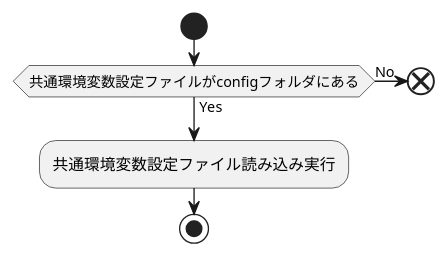
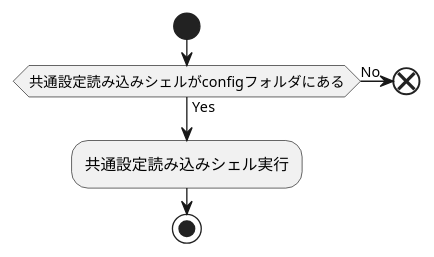
One commit to take4bcreators/cafe-train-prj changed the second of 4 diagrams in doc/01_設計/011301_共通処理.md. Above: the diagram before and after it, drawn with PlantUML. The commit also changed other lines of this file and 10 other files, not shown here.

````diff
--- a/doc/01_設計/011301_共通処理.md
+++ b/doc/01_設計/011301_共通処理.md
@@ -23,9 +23,9 @@
 ```plantuml
 start
-if (共通環境変数設定ファイルがconfigフォルダにある) then (Yes)
+if (共通設定読み込みシェルがconfigフォルダにある) then (Yes)
 else (No)
     end
 endif
-:共通環境変数設定ファイル読み込み実行;
+:共通設定読み込みシェル実行;
 stop
 ```
````
